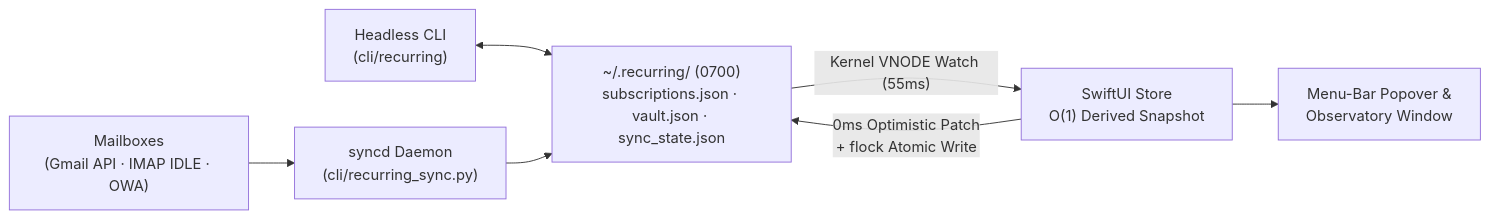
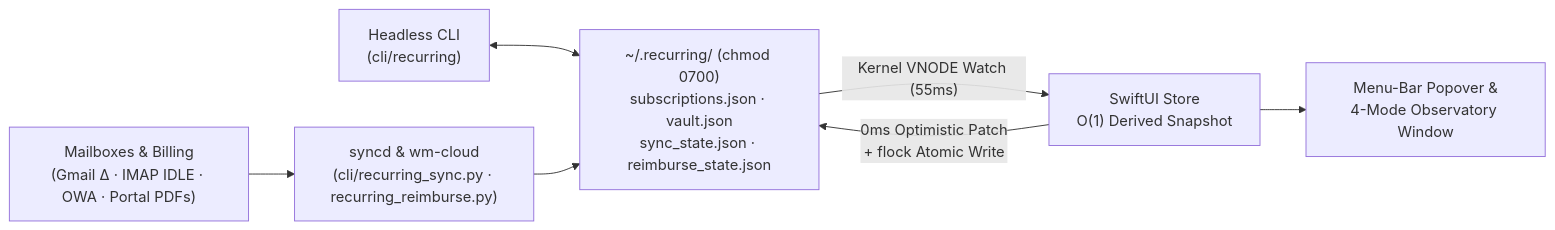
The diagram in README.md (antonio-mastropaolo/recurring), drawn with Mermaid before and after one commit. The commit also changed other lines of this file and 49 other files, not shown here.

````diff
--- a/README.md
+++ b/README.md
@@ -81,9 +154,9 @@
 ```mermaid
 flowchart LR
-    Mailboxes["Mailboxes\n(Gmail API · IMAP IDLE · OWA)"] --> SyncD["syncd Daemon\n(cli/recurring_sync.py)"]
-    CLI["Headless CLI\n(cli/recurring)"] <--> StateDir["~/.recurring/ (0700)\nsubscriptions.json · vault.json · sync_state.json"]
+    Mailboxes["Mailboxes & Billing\n(Gmail Δ · IMAP IDLE · OWA · Portal PDFs)"] --> SyncD["syncd & wm-cloud\n(cli/recurring_sync.py · recurring_reimburse.py)"]
+    CLI["Headless CLI\n(cli/recurring)"] <--> StateDir["~/.recurring/ (chmod 0700)\nsubscriptions.json · vault.json\nsync_state.json · reimburse_state.json"]
     SyncD --> StateDir
     StateDir -- "Kernel VNODE Watch (55ms)" --> Store["SwiftUI Store\nO(1) Derived Snapshot"]
     Store -- "0ms Optimistic Patch\n+ flock Atomic Write" --> StateDir
-    Store --> UI["Menu-Bar Popover &\nObservatory Window"]
+    Store --> UI["Menu-Bar Popover &\n4-Mode Observatory Window"]
 ```
````
